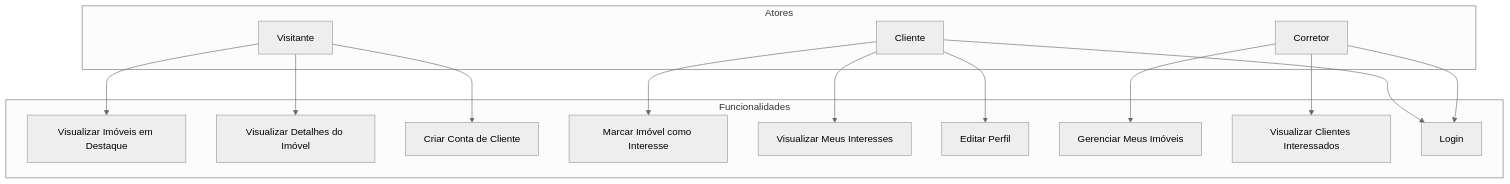
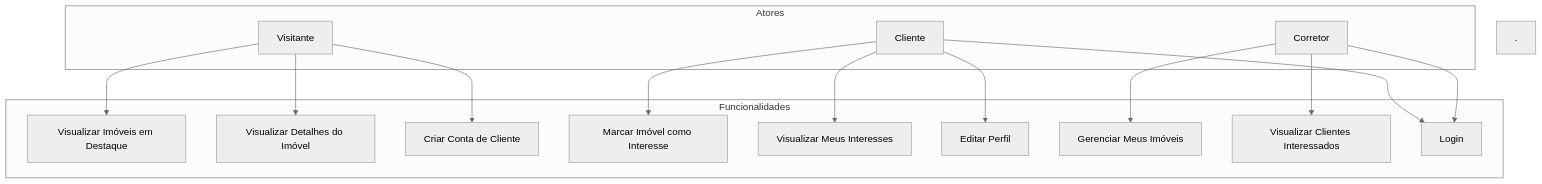
One commit to matheuzinn7198/CursoFrontEnd changed the third of 3 diagrams in Imobiliaria/imobiliaria-prime-main/README.md. Above: the diagram before and after it, drawn with Mermaid (neutral theme).

````diff
--- a/Imobiliaria/imobiliaria-prime-main/README.md
+++ b/Imobiliaria/imobiliaria-prime-main/README.md
@@ -124,37 +124,38 @@
 ```mermaid 
 
 flowchart TD
     subgraph Atores
         V[Visitante]
         C[Cliente]
         R[Corretor]
     end
 
     subgraph Funcionalidades
         F1[Visualizar Imóveis em Destaque]
         F2[Visualizar Detalhes do Imóvel]
         F3[Criar Conta de Cliente]
         F4[Marcar Imóvel como Interesse]
         F5[Visualizar Meus Interesses]
         F6[Editar Perfil]
         F7[Gerenciar Meus Imóveis]
         F8[Visualizar Clientes Interessados]
         F9[Login]
     end
 
     V --> F1
     V --> F2
     V --> F3
 
     C --> F4
     C --> F5
     C --> F6
     C --> F9
 
     R --> F7
     R --> F8
     R --> F9
 
     class V,C,R actor
     class F1,F2,F3,F4,F5,F6,F7,F8,F9 feature
+    .
 ```
````
